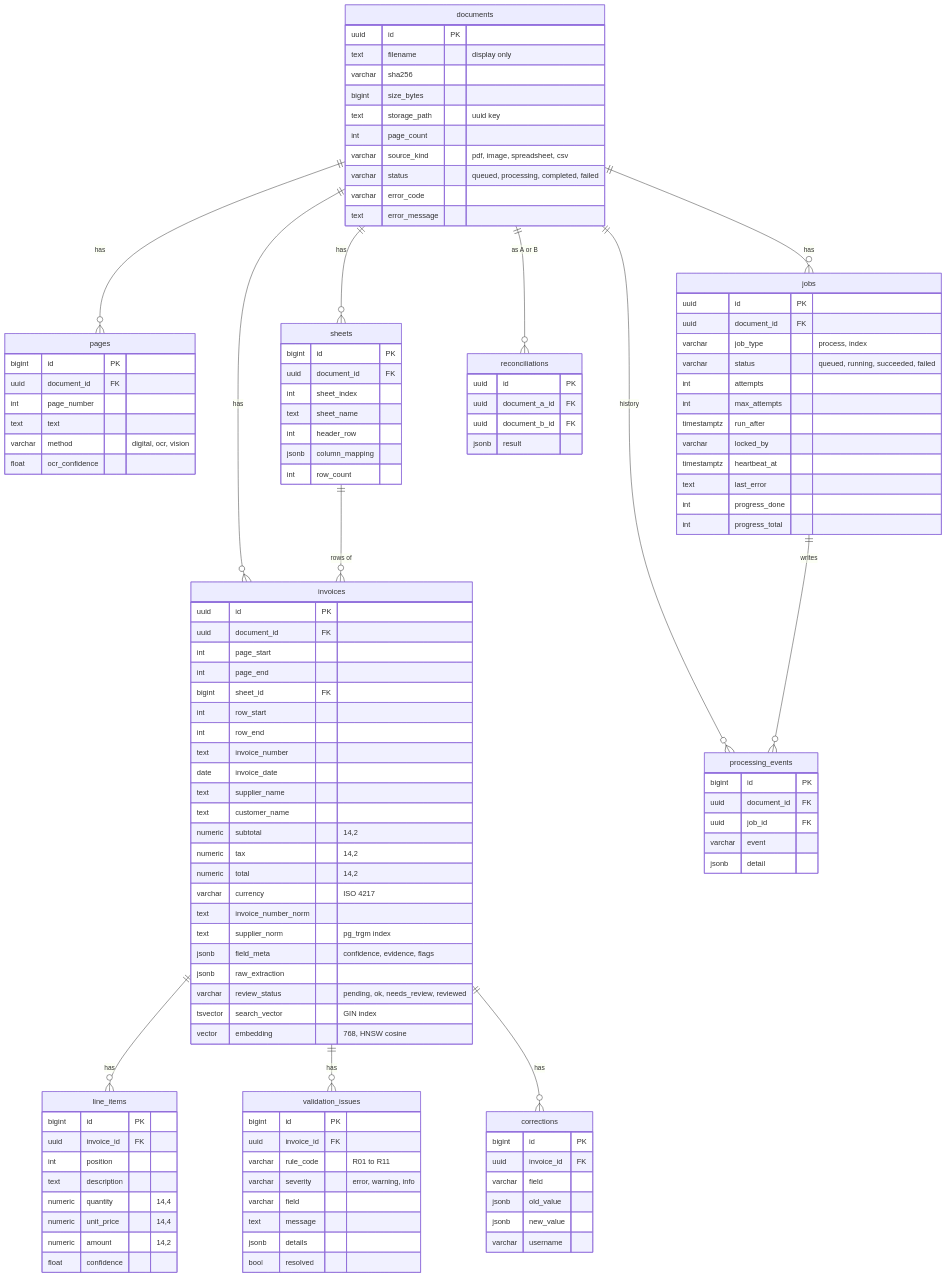
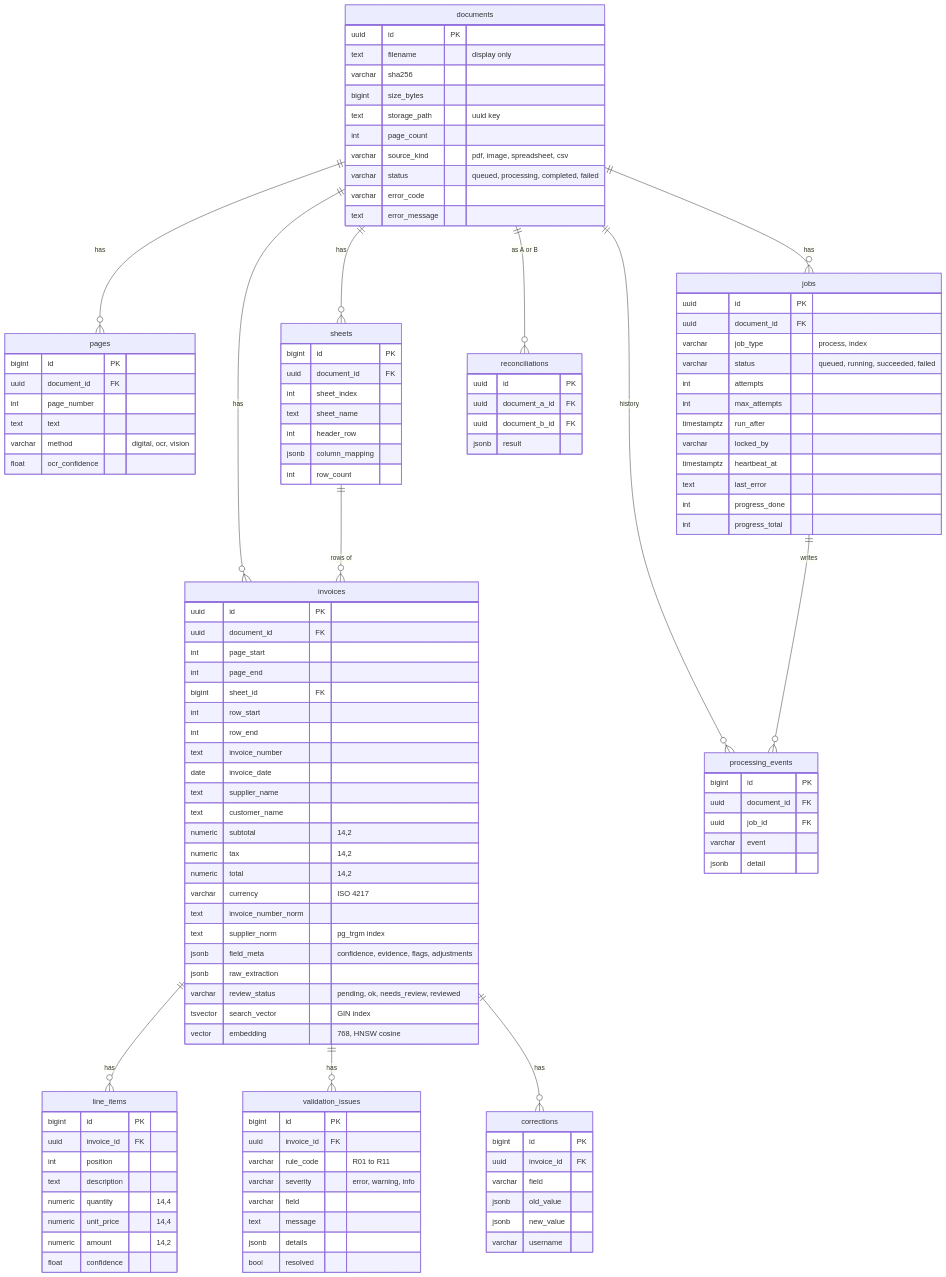
The diagram in docs/SCHEMA.md (Sowan3k/AI-Powered-Document-Intelligence-System), drawn with Mermaid before and after one commit. The commit also changed other lines of this file and 3 other files, not shown here.

First line of the commit message:
Docs: decisions D56 to D60, README, schema, AI usage

```diff
--- a/docs/SCHEMA.md
+++ b/docs/SCHEMA.md
@@ -70,7 +70,7 @@
         varchar currency "ISO 4217"
         text invoice_number_norm
         text supplier_norm "pg_trgm index"
-        jsonb field_meta "confidence, evidence, flags"
+        jsonb field_meta "confidence, evidence, flags, adjustments"
         jsonb raw_extraction
         varchar review_status "pending, ok, needs_review, reviewed"
         tsvector search_vector "GIN index"
```
